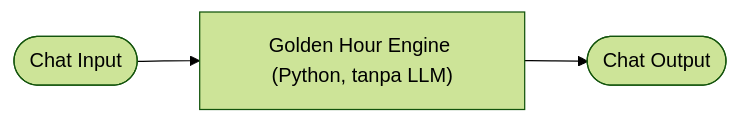
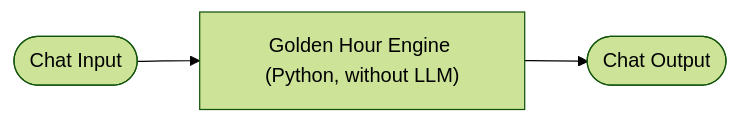
The second of 2 diagrams in README.md (ARQ31/Golden-Hour), drawn with Mermaid (forest theme) before and after one commit. The commit also changed other lines of this file, not shown here.

````diff
--- a/README.md
+++ b/README.md
@@ -128,5 +128,5 @@
 ```mermaid
 flowchart LR
-    CI(["Chat Input"]) --> GE["Golden Hour Engine (Python, tanpa LLM)"]
+    CI(["Chat Input"]) --> GE["Golden Hour Engine (Python, without LLM)"]
     GE --> CO(["Chat Output"])
 ```
````
